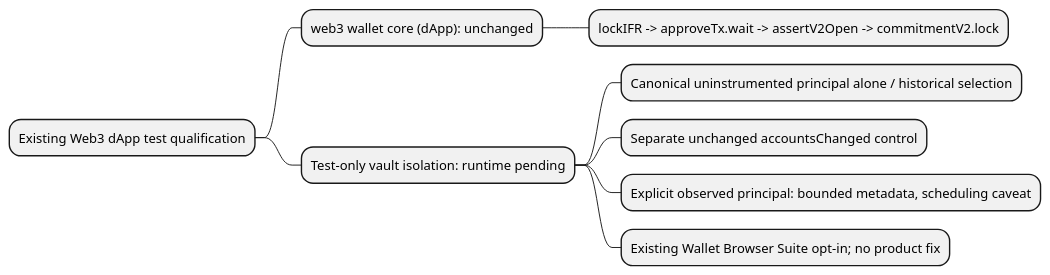
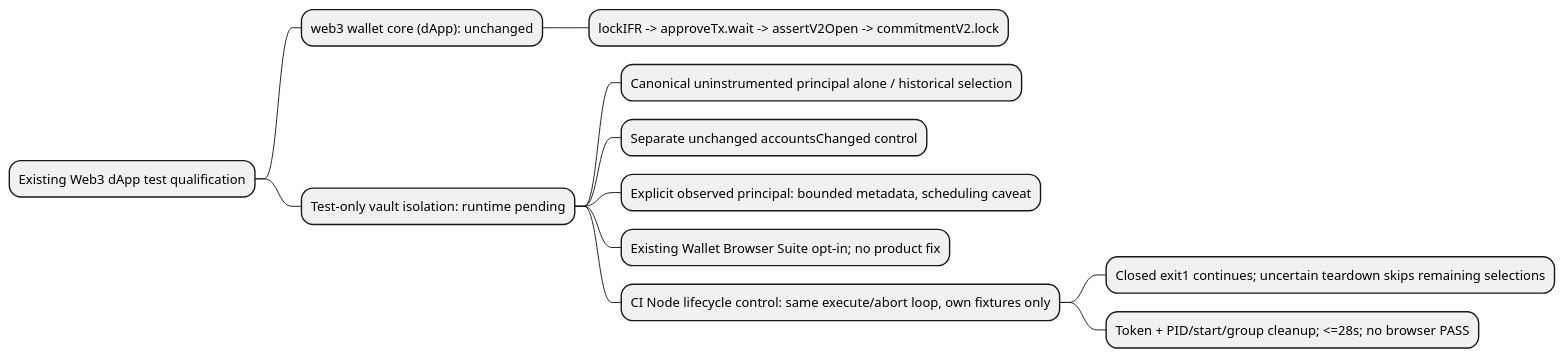
The first of 23 diagrams in docs/architecture/map.puml (NeaBouli/inferno), drawn with PlantUML before and after one commit. The commit also changed 4 other files, not shown here.

Commit message:
test(web3): add CI-only vault lifecycle controls

```diff
--- a/docs/architecture/map.puml
+++ b/docs/architecture/map.puml
@@ -1,10 +1,13 @@
 @startmindmap web3_vault_isolation_382
 * Existing Web3 dApp test qualification
 ** web3 wallet core (dApp): unchanged
 *** lockIFR -> approveTx.wait -> assertV2Open -> commitmentV2.lock
 ** Test-only vault isolation: runtime pending
 *** Canonical uninstrumented principal alone / historical selection
 *** Separate unchanged accountsChanged control
 *** Explicit observed principal: bounded metadata, scheduling caveat
 *** Existing Wallet Browser Suite opt-in; no product fix
+*** CI Node lifecycle control: same execute/abort loop, own fixtures only
+**** Closed exit1 continues; uncertain teardown skips remaining selections
+**** Token + PID/start/group cleanup; <=28s; no browser PASS
 @endmindmap
```
